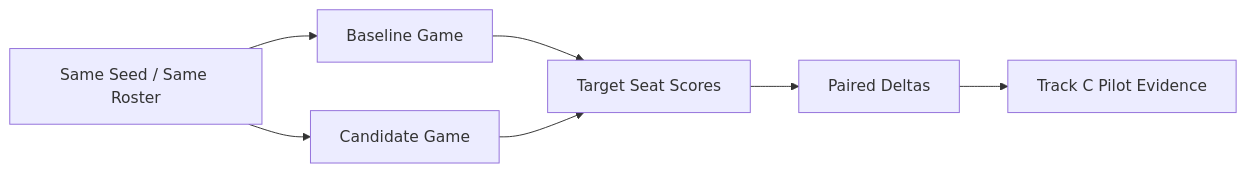
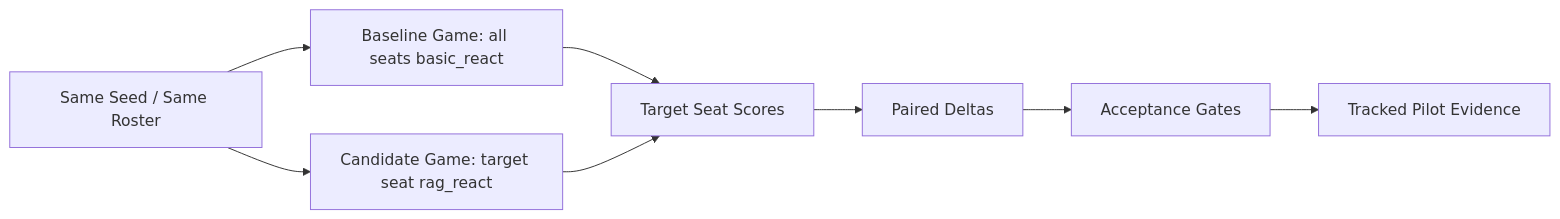
The diagram in docs/evidence/PROJECT_TARGET_SEAT_TRACKC_PILOT.md (wxhfy/AIwerewolf), drawn with Mermaid before and after one commit. The commit also changed other lines of this file and 11 other files, not shown here.

````diff
--- a/docs/evidence/PROJECT_TARGET_SEAT_TRACKC_PILOT.md
+++ b/docs/evidence/PROJECT_TARGET_SEAT_TRACKC_PILOT.md
@@ -7,12 +7,12 @@
 ```mermaid
 flowchart LR
-    accTitle: Target Seat AB Flow
-    accDescr: The same seed and roster are used for a baseline game and a candidate game. Only the target seat changes its strategy condition, then target-seat deltas are compared.
-
-    seed[Same Seed / Same Roster] --> baseline[Baseline Game]
-    seed --> candidate[Candidate Game]
-    baseline --> score[Target Seat Scores]
-    candidate --> score
+    accTitle: Target Seat Track C Pilot
+    accDescr: This diagram shows a paired target-seat A/B setup where only one target agent uses Track C while all other seats remain baseline.
+    seed[Same Seed / Same Roster] --> base[Baseline Game: all seats basic_react]
+    seed --> cand[Candidate Game: target seat rag_react]
+    base --> score[Target Seat Scores]
+    cand --> score
     score --> delta[Paired Deltas]
-    delta --> report[Track C Pilot Evidence]
+    delta --> gates[Acceptance Gates]
+    gates --> report[Tracked Pilot Evidence]
 ```
````
